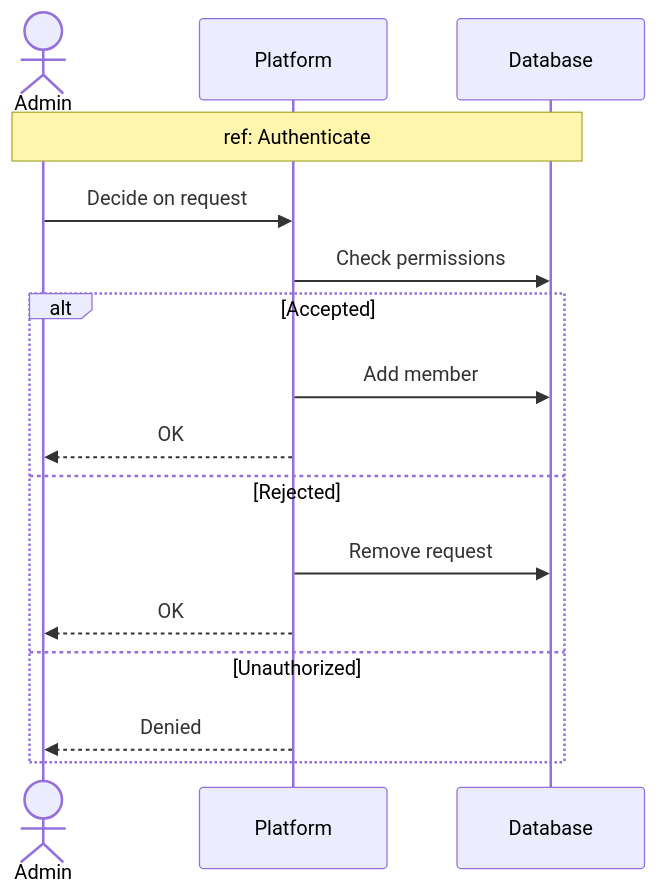
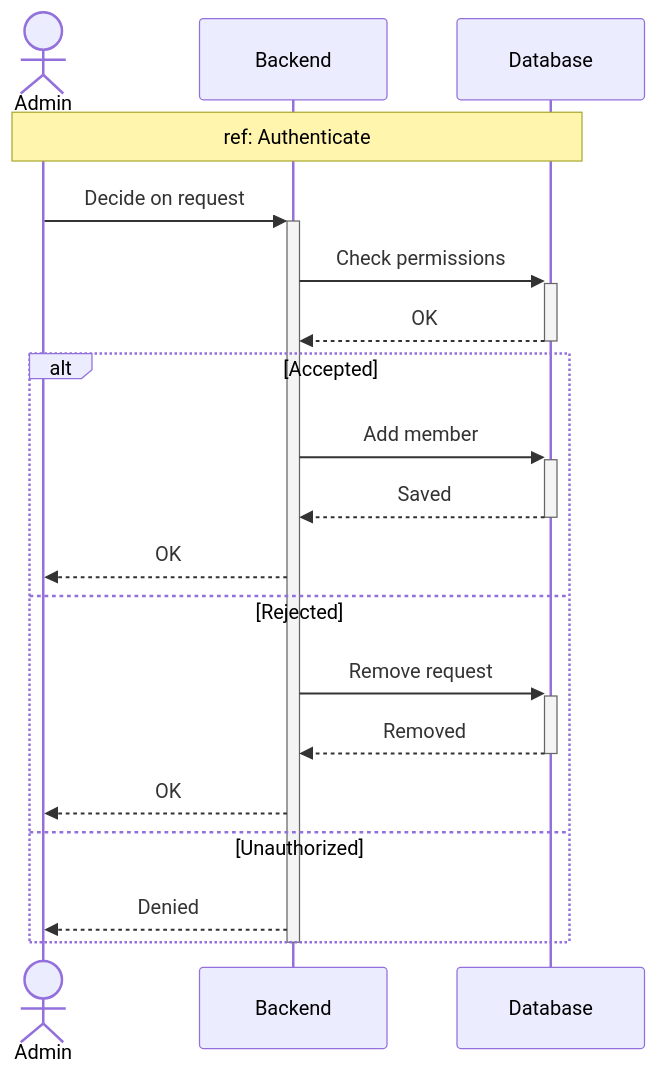
One commit to MohamedChebbi123/teamnest changed the seventh of 16 diagrams in docs/SEQUENCE_DIAGRAMS.md. Above: the diagram before and after it, drawn with Mermaid. The commit also changed other lines of this file, not shown here.

````diff
--- a/docs/SEQUENCE_DIAGRAMS.md
+++ b/docs/SEQUENCE_DIAGRAMS.md
@@ -219,20 +248,24 @@
 ```mermaid
 sequenceDiagram
     actor Admin
-    participant API as Platform
+    participant API as Backend
     participant DB as Database
 
     Note over Admin,DB: ref: Authenticate
 
-    Admin->>API: Decide on request
-    API->>DB: Check permissions
+    Admin->>+API: Decide on request
+    API->>+DB: Check permissions
+    DB-->>-API: OK
     alt Accepted
-        API->>DB: Add member
+        API->>+DB: Add member
+        DB-->>-API: Saved
         API-->>Admin: OK
     else Rejected
-        API->>DB: Remove request
+        API->>+DB: Remove request
+        DB-->>-API: Removed
         API-->>Admin: OK
     else Unauthorized
         API-->>Admin: Denied
     end
+    deactivate API
 ```
````
